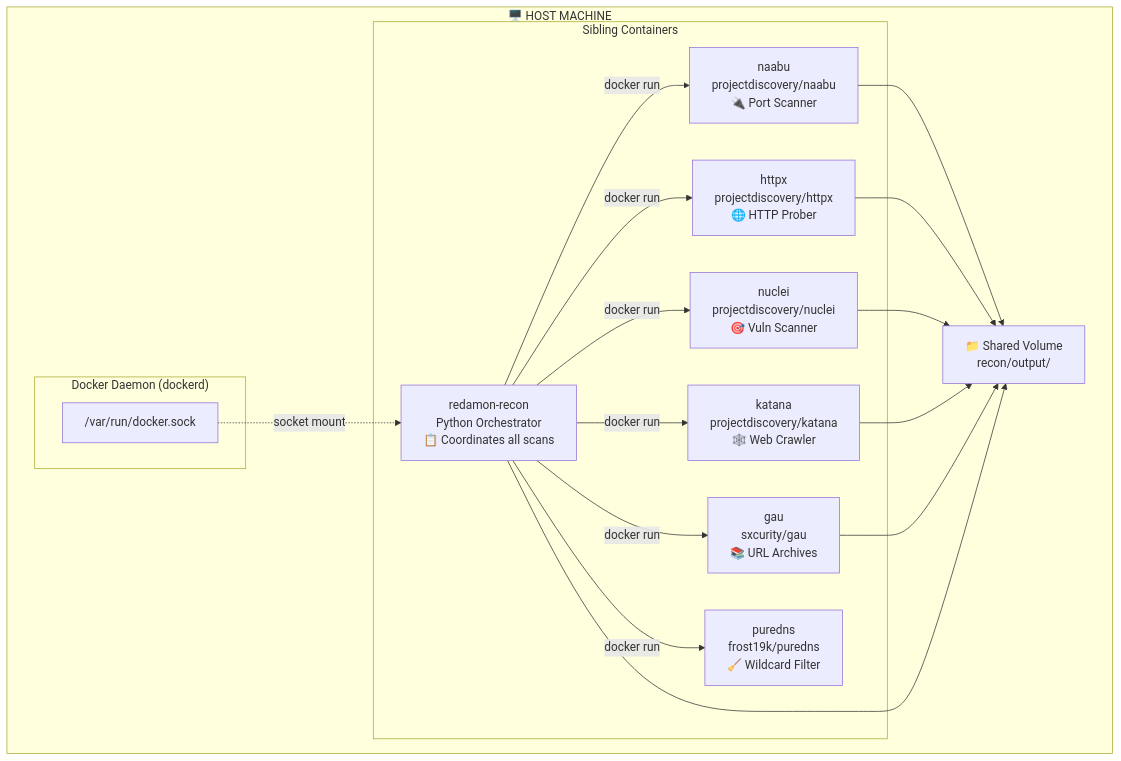
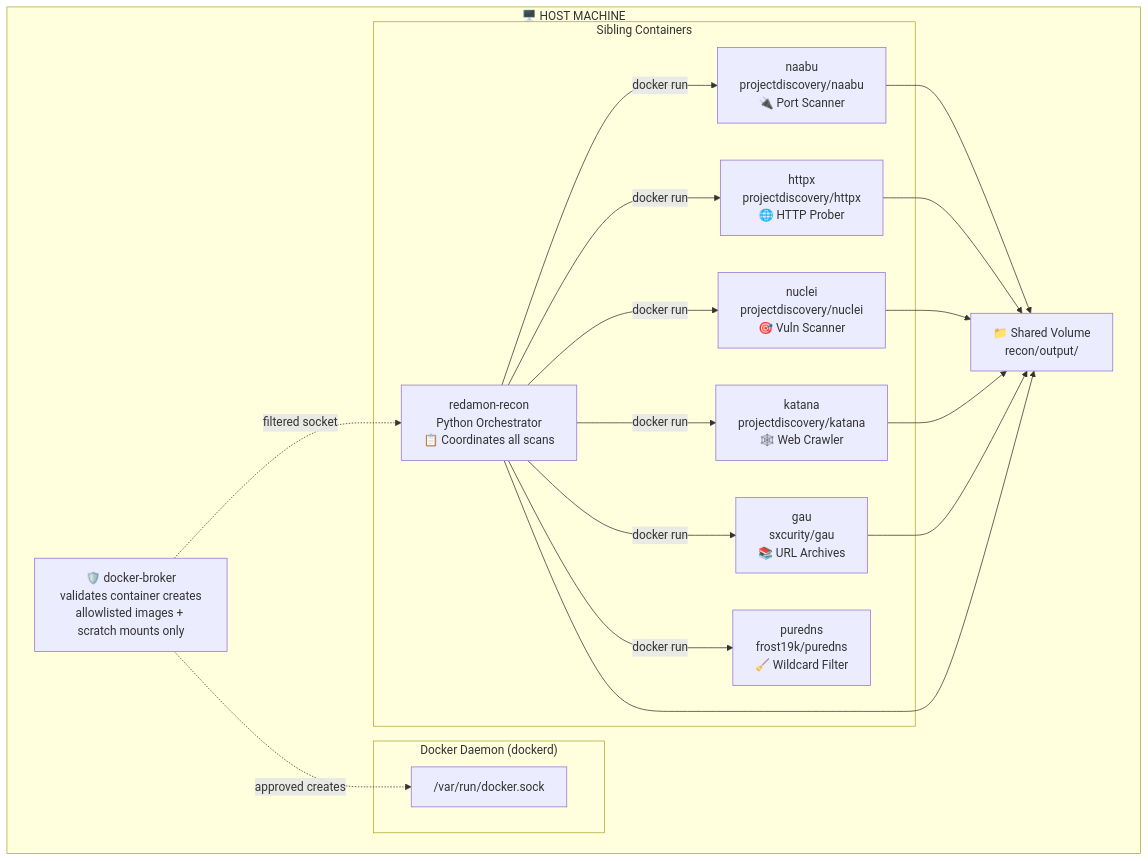
One commit to digitalarche/redamon changed the second of 17 diagrams in readmes/README.RECON.md. Above: the diagram before and after it, drawn with Mermaid. The commit also changed other lines of this file and 91 other files, not shown here.

````diff
--- a/readmes/README.RECON.md
+++ b/readmes/README.RECON.md
@@ -164,35 +164,38 @@
 ```mermaid
 flowchart TB
     subgraph Host["🖥️ HOST MACHINE"]
         subgraph DockerDaemon["Docker Daemon (dockerd)"]
             Socket["/var/run/docker.sock"]
         end
+
+        Broker["🛡️ docker-broker<br/>validates container creates<br/>allowlisted images + scratch mounts only"]
 
         subgraph Containers["Sibling Containers"]
             Recon["redamon-recon<br/>Python Orchestrator<br/>📋 Coordinates all scans"]
             NaabuC["naabu<br/>projectdiscovery/naabu<br/>🔌 Port Scanner"]
             HttpxC["httpx<br/>projectdiscovery/httpx<br/>🌐 HTTP Prober"]
             NucleiC["nuclei<br/>projectdiscovery/nuclei<br/>🎯 Vuln Scanner"]
             KatanaC["katana<br/>projectdiscovery/katana<br/>🕸️ Web Crawler"]
             GAUC["gau<br/>sxcurity/gau<br/>📚 URL Archives"]
             PurednsC["puredns<br/>frost19k/puredns<br/>🧹 Wildcard Filter"]
         end
 
         Volume["📁 Shared Volume<br/>recon/output/"]
     end
 
-    Socket -.->|socket mount| Recon
+    Broker -.->|filtered socket| Recon
+    Broker -.->|approved creates| Socket
     Recon -->|docker run| NaabuC
     Recon -->|docker run| HttpxC
     Recon -->|docker run| NucleiC
     Recon -->|docker run| KatanaC
     Recon -->|docker run| GAUC
     Recon -->|docker run| PurednsC
 
     NaabuC --> Volume
     HttpxC --> Volume
     NucleiC --> Volume
     KatanaC --> Volume
     GAUC --> Volume
     Recon --> Volume
 ```
````
